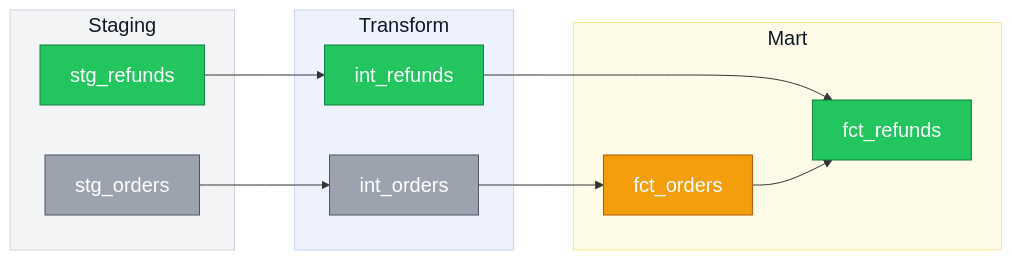
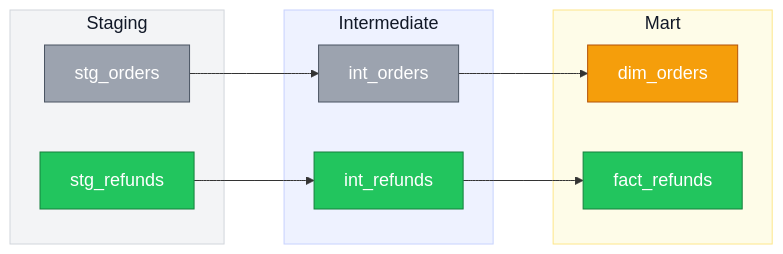
The first of 2 diagrams in README.md (zachloertscher/claude-tools), drawn with Mermaid before and after one commit. The commit also changed other lines of this file and 1 other file, not shown here.

First line of the commit message:
Fix ERD pattern: erDiagram does support classDef in Mermaid 11

````diff
--- a/README.md
+++ b/README.md
@@ -13,30 +13,29 @@
 ```mermaid
-%%{init: {'themeVariables': {'fontSize':'20px'}, 'flowchart': {'nodeSpacing':50,'rankSpacing':60}}}%%
+%%{init: {'themeVariables': {'fontSize':'18px'}, 'flowchart': {'nodeSpacing':50,'rankSpacing':60}}}%%
 flowchart LR
     classDef newNode fill:#22c55e,stroke:#15803d,color:#fff
     classDef changedNode fill:#f59e0b,stroke:#b45309,color:#fff
     classDef existingNode fill:#9ca3af,stroke:#4b5563,color:#fff
 
     subgraph staging[Staging]
         stg_orders["stg_orders"]:::existingNode
         stg_refunds["stg_refunds"]:::newNode
     end
 
-    subgraph transform[Transform]
+    subgraph intermediate[Intermediate]
         int_orders["int_orders"]:::existingNode
         int_refunds["int_refunds"]:::newNode
     end
 
     subgraph mart[Mart]
-        fct_orders["fct_orders"]:::changedNode
-        fct_refunds["fct_refunds"]:::newNode
+        dim_orders["dim_orders"]:::changedNode
+        fact_refunds["fact_refunds"]:::newNode
     end
 
     style staging fill:#f3f4f6,stroke:#d1d5db,color:#111827
-    style transform fill:#eef2ff,stroke:#c7d2fe,color:#111827
+    style intermediate fill:#eef2ff,stroke:#c7d2fe,color:#111827
     style mart fill:#fefce8,stroke:#fde68a,color:#111827
 
-    stg_orders --> int_orders --> fct_orders
-    stg_refunds --> int_refunds --> fct_refunds
-    fct_orders --> fct_refunds
+    stg_orders --> int_orders --> dim_orders
+    stg_refunds --> int_refunds --> fact_refunds
 ```
````
